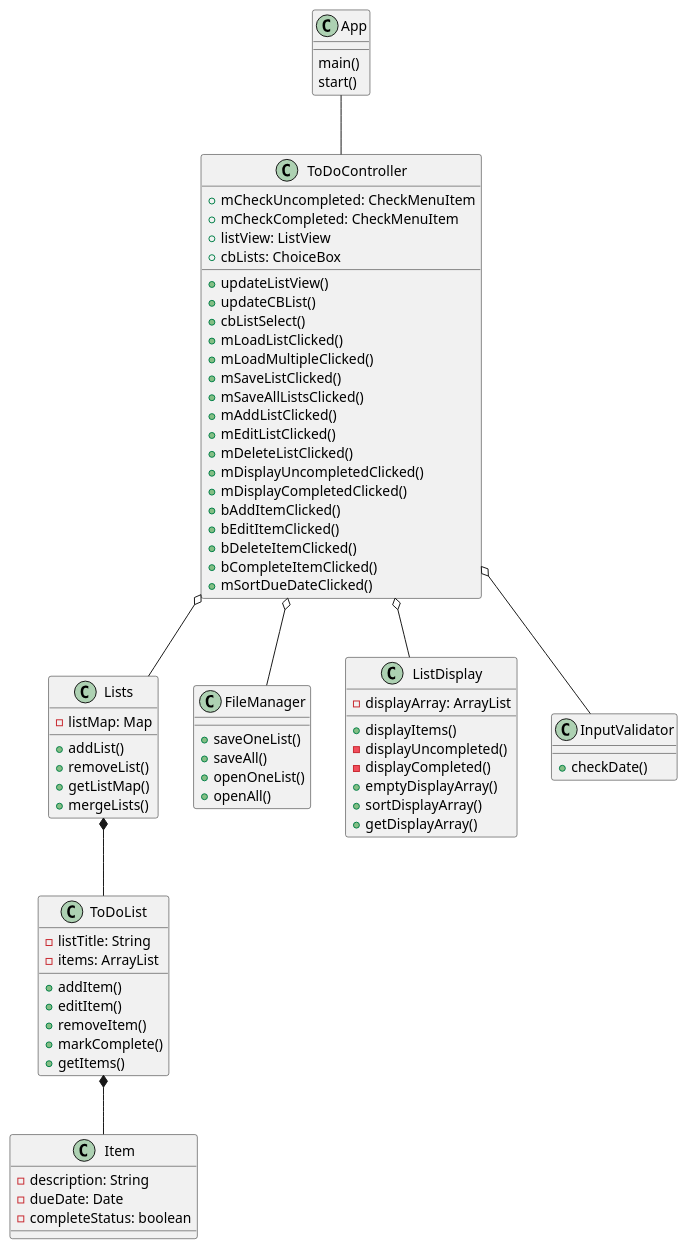
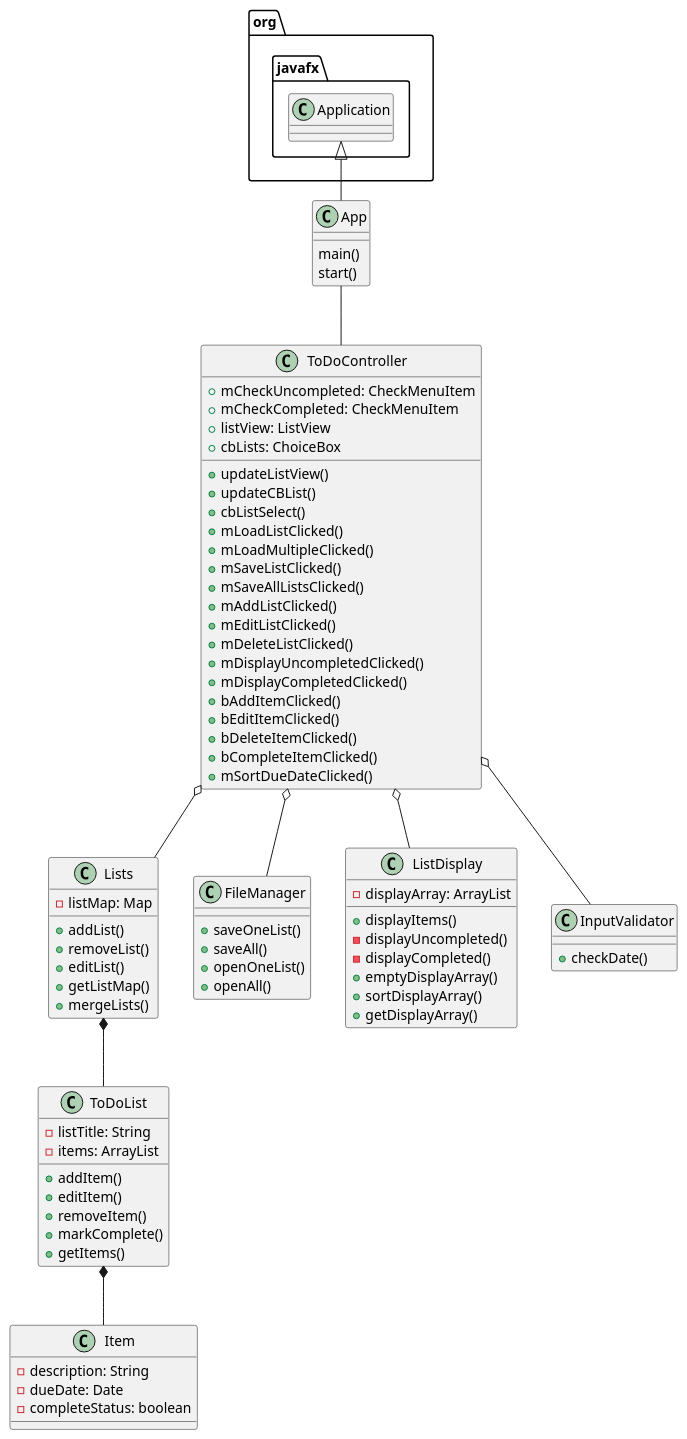
The diagram in uml/ToDoList.puml (kingraham228/Ingraham-cop3330-assignment4), drawn with PlantUML before and after one commit.

Commit message:
diagram update

```diff
--- a/uml/ToDoList.puml
+++ b/uml/ToDoList.puml
@@ -1,86 +1,86 @@
 @startuml
 class Item{
 -description: String
 -dueDate: Date
 -completeStatus: boolean
 }
 
 class ToDoList{
 -listTitle: String
 -items: ArrayList
 +addItem()
 +editItem()
 +removeItem()
 +markComplete()
 +getItems()
 }
 
 class Lists{
 -listMap: Map
 +addList()
 +removeList()
++editList()
 +getListMap()
 +mergeLists()
 }
 
 class FileManager{
 +saveOneList()
 +saveAll()
 +openOneList()
 +openAll()
 }
 
 class ListDisplay{
 -displayArray: ArrayList
 +displayItems()
 -displayUncompleted()
 -displayCompleted()
 +emptyDisplayArray()
 +sortDisplayArray()
 +getDisplayArray()
 }
 
 class ToDoController{
 +mCheckUncompleted: CheckMenuItem
 +mCheckCompleted: CheckMenuItem
 +listView: ListView
 +cbLists: ChoiceBox
 +updateListView()
 +updateCBList()
 +cbListSelect()
 +mLoadListClicked()
 +mLoadMultipleClicked()
 +mSaveListClicked()
 +mSaveAllListsClicked()
 +mAddListClicked()
 +mEditListClicked()
 +mDeleteListClicked()
 +mDisplayUncompletedClicked()
 +mDisplayCompletedClicked()
 +bAddItemClicked()
 +bEditItemClicked()
 +bDeleteItemClicked()
 +bCompleteItemClicked()
 +mSortDueDateClicked()
 }
 
 class App{
 main()
 start()
 }
 
 class InputValidator{
 +checkDate()
 }
 
 
-
-
+org.javafx.Application <|-- App
 App -- ToDoController
 ToDoController o-- Lists
 ToDoController o-- ListDisplay
 ToDoController o-- FileManager
 ToDoController o-- InputValidator
 Lists *-- ToDoList
 ToDoList *-- Item
 @enduml
```
